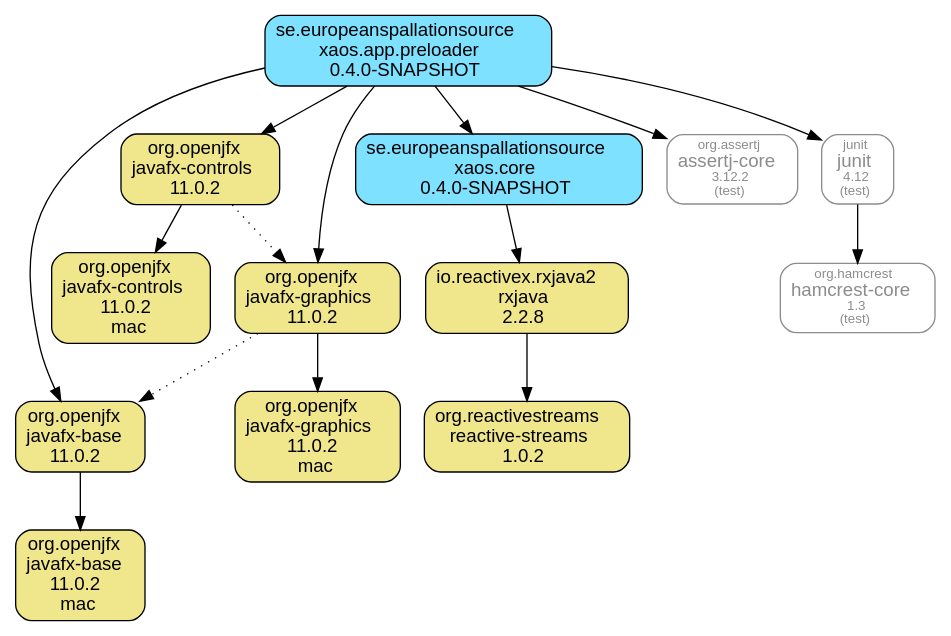
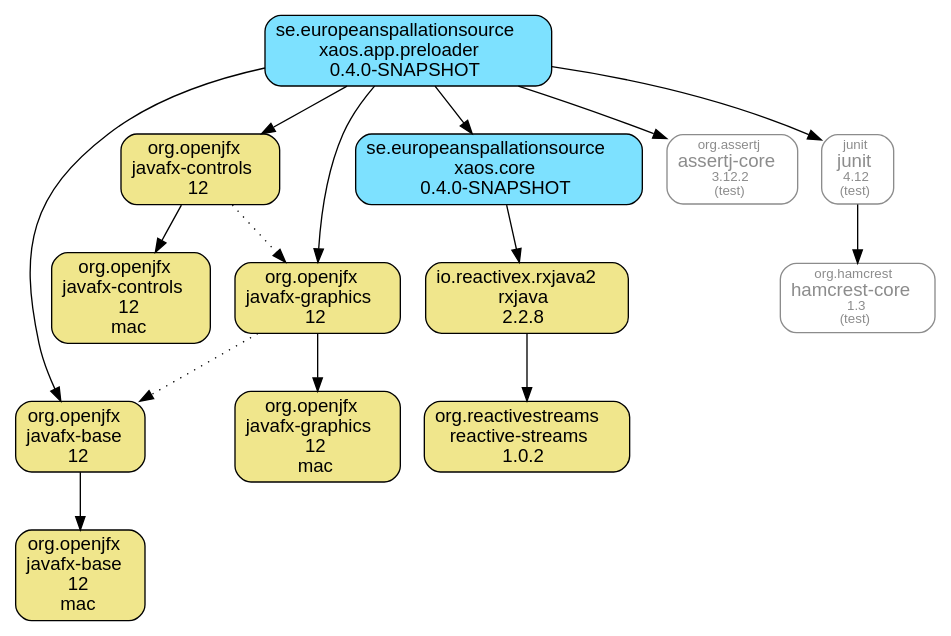
One commit to ESSICS/XAOS changed the diagram in xaos.app.preloader.module/doc/maven-dependencies.dot. Above: the diagram before and after it, drawn with Graphviz. The commit also changed 31 other files, not shown here.

```diff
--- a/xaos.app.preloader.module/doc/maven-dependencies.dot
+++ b/xaos.app.preloader.module/doc/maven-dependencies.dot
@@ -1,35 +1,35 @@
 digraph "xaos.app.preloader" {
   node [shape="box",style="rounded",fontname="Helvetica",fontsize="14"]
   edge [fontsize="10",fontname="Helvetica"]
 
   // Node Definitions:
-  "org.openjfx:javafx-base:jar"[shape="box",style="rounded, filled",fillcolor="khaki",label=<org.openjfx<br/>javafx-base<br/>11.0.2>]
-  "org.openjfx:javafx-base:jar:mac"[shape="box",style="rounded, filled",fillcolor="khaki",label=<org.openjfx<br/>javafx-base<br/>11.0.2<br/>mac>]
+  "org.openjfx:javafx-base:jar"[shape="box",style="rounded, filled",fillcolor="khaki",label=<org.openjfx<br/>javafx-base<br/>12>]
+  "org.openjfx:javafx-base:jar:mac"[shape="box",style="rounded, filled",fillcolor="khaki",label=<org.openjfx<br/>javafx-base<br/>12<br/>mac>]
   "se.europeanspallationsource:xaos.app.preloader:jar"[shape="box",style="rounded, filled",fillcolor="#7DE1FF",label=<se.europeanspallationsource<br/>xaos.app.preloader<br/>0.4.0-SNAPSHOT>]
-  "org.openjfx:javafx-controls:jar"[shape="box",style="rounded, filled",fillcolor="khaki",label=<org.openjfx<br/>javafx-controls<br/>11.0.2>]
-  "org.openjfx:javafx-controls:jar:mac"[shape="box",style="rounded, filled",fillcolor="khaki",label=<org.openjfx<br/>javafx-controls<br/>11.0.2<br/>mac>]
-  "org.openjfx:javafx-graphics:jar"[shape="box",style="rounded, filled",fillcolor="khaki",label=<org.openjfx<br/>javafx-graphics<br/>11.0.2>]
-  "org.openjfx:javafx-graphics:jar:mac"[shape="box",style="rounded, filled",fillcolor="khaki",label=<org.openjfx<br/>javafx-graphics<br/>11.0.2<br/>mac>]
+  "org.openjfx:javafx-controls:jar"[shape="box",style="rounded, filled",fillcolor="khaki",label=<org.openjfx<br/>javafx-controls<br/>12>]
+  "org.openjfx:javafx-controls:jar:mac"[shape="box",style="rounded, filled",fillcolor="khaki",label=<org.openjfx<br/>javafx-controls<br/>12<br/>mac>]
+  "org.openjfx:javafx-graphics:jar"[shape="box",style="rounded, filled",fillcolor="khaki",label=<org.openjfx<br/>javafx-graphics<br/>12>]
+  "org.openjfx:javafx-graphics:jar:mac"[shape="box",style="rounded, filled",fillcolor="khaki",label=<org.openjfx<br/>javafx-graphics<br/>12<br/>mac>]
   "io.reactivex.rxjava2:rxjava:jar"[shape="box",style="rounded, filled",fillcolor="khaki",label=<io.reactivex.rxjava2<br/>rxjava<br/>2.2.8>]
   "org.reactivestreams:reactive-streams:jar"[shape="box",style="rounded, filled",fillcolor="khaki",label=<org.reactivestreams<br/>reactive-streams<br/>1.0.2>]
   "se.europeanspallationsource:xaos.core:jar"[shape="box",style="rounded, filled",fillcolor="#7DE1FF",label=<se.europeanspallationsource<br/>xaos.core<br/>0.4.0-SNAPSHOT>]
   "org.assertj:assertj-core:jar"[shape="box",style="rounded",color="grey55",fontname="Helvetica",fontsize="14",fontcolor="grey55",label=<<font color="grey55" point-size="10">org.assertj</font><br/>assertj-core<font color="grey55" point-size="10"><br/>3.12.2</font><font color="grey55" point-size="10"><br/>(test)</font>>]
   "junit:junit:jar"[shape="box",style="rounded",color="grey55",fontname="Helvetica",fontsize="14",fontcolor="grey55",label=<<font color="grey55" point-size="10">junit</font><br/>junit<font color="grey55" point-size="10"><br/>4.12</font><font color="grey55" point-size="10"><br/>(test)</font>>]
   "org.hamcrest:hamcrest-core:jar"[shape="box",style="rounded",color="grey55",fontname="Helvetica",fontsize="14",fontcolor="grey55",label=<<font color="grey55" point-size="10">org.hamcrest</font><br/>hamcrest-core<font color="grey55" point-size="10"><br/>1.3</font><font color="grey55" point-size="10"><br/>(test)</font>>]
 
   // Edge Definitions:
   "org.openjfx:javafx-base:jar" -> "org.openjfx:javafx-base:jar:mac"
   "se.europeanspallationsource:xaos.app.preloader:jar" -> "org.openjfx:javafx-base:jar"
   "org.openjfx:javafx-controls:jar" -> "org.openjfx:javafx-controls:jar:mac"
   "org.openjfx:javafx-controls:jar" -> "org.openjfx:javafx-graphics:jar"[style="dotted"]
   "se.europeanspallationsource:xaos.app.preloader:jar" -> "org.openjfx:javafx-controls:jar"
   "org.openjfx:javafx-graphics:jar" -> "org.openjfx:javafx-graphics:jar:mac"
   "org.openjfx:javafx-graphics:jar" -> "org.openjfx:javafx-base:jar"[style="dotted"]
   "se.europeanspallationsource:xaos.app.preloader:jar" -> "org.openjfx:javafx-graphics:jar"
   "io.reactivex.rxjava2:rxjava:jar" -> "org.reactivestreams:reactive-streams:jar"
   "se.europeanspallationsource:xaos.core:jar" -> "io.reactivex.rxjava2:rxjava:jar"
   "se.europeanspallationsource:xaos.app.preloader:jar" -> "se.europeanspallationsource:xaos.core:jar"
   "se.europeanspallationsource:xaos.app.preloader:jar" -> "org.assertj:assertj-core:jar"
   "junit:junit:jar" -> "org.hamcrest:hamcrest-core:jar"
   "se.europeanspallationsource:xaos.app.preloader:jar" -> "junit:junit:jar"
 }
```
